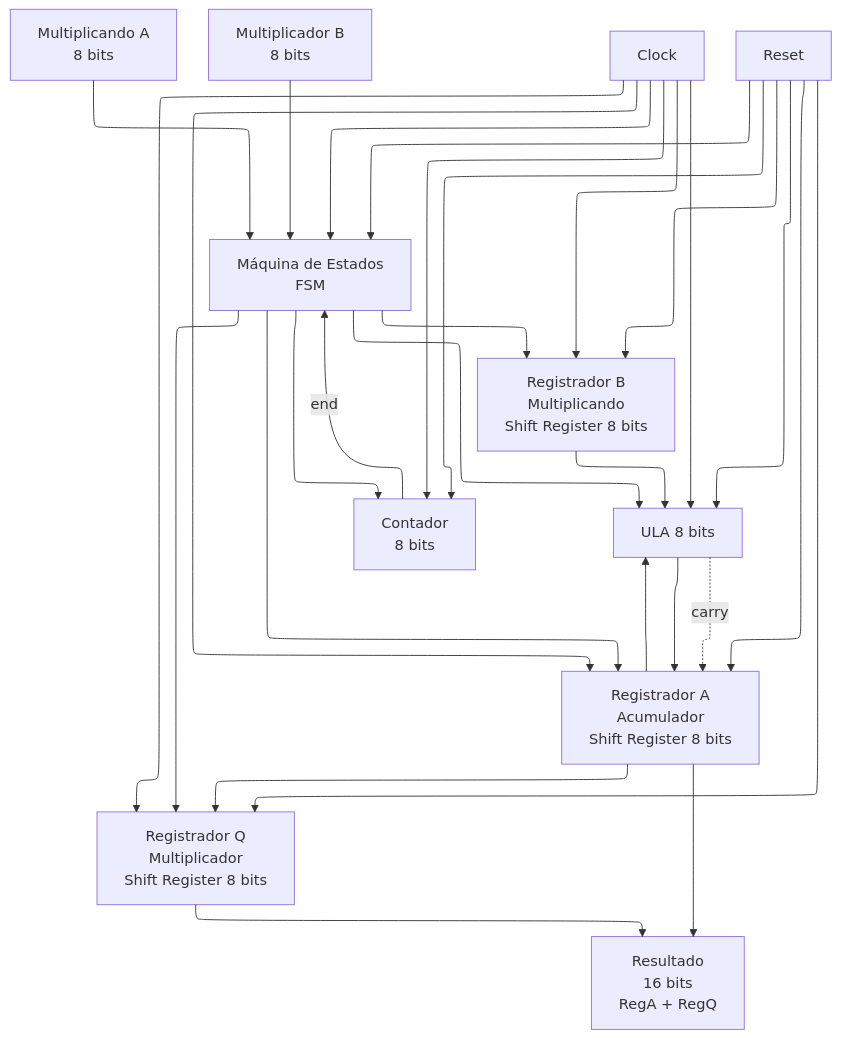
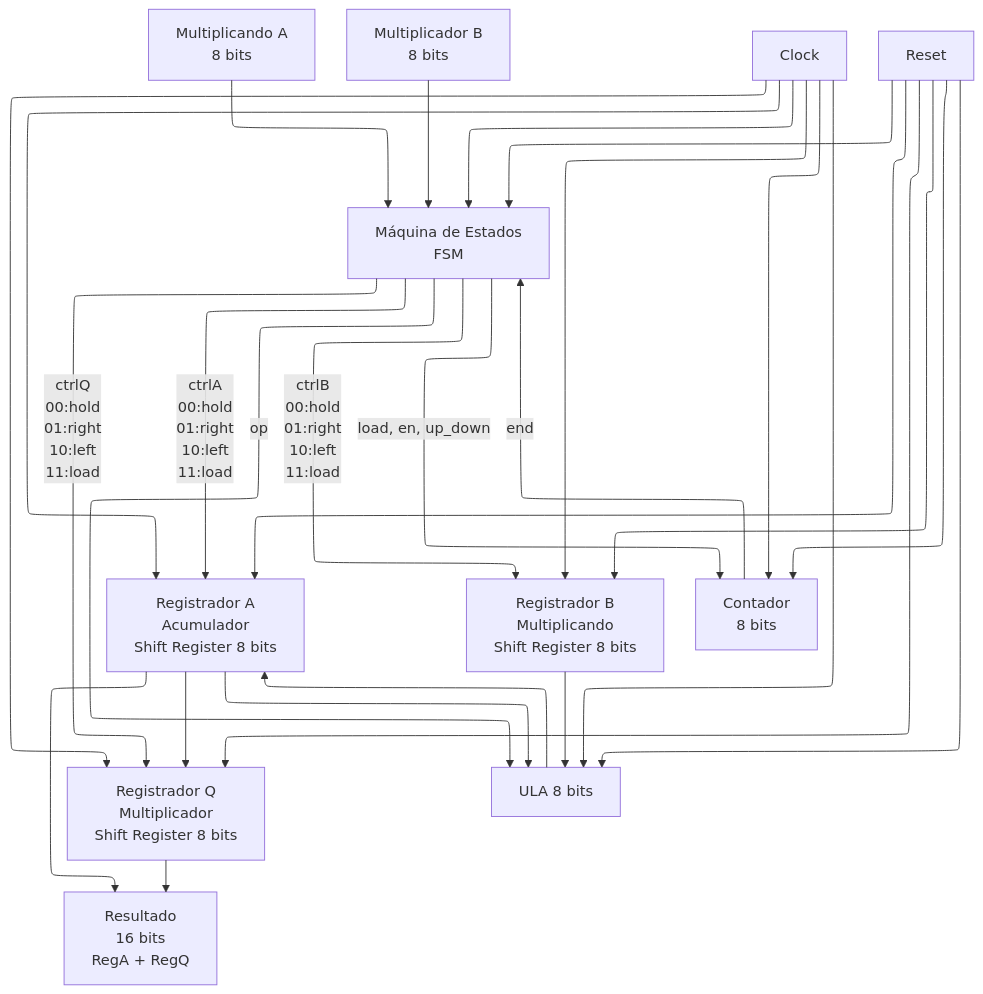
One commit to Guilherme-07062002/shift-add-multiplier-system-verilog changed the diagram in doc/diagrama-de-blocos.mmd. Above: the diagram before and after it, drawn with Mermaid.

Commit message:
refactor: aprimora diagrama de blocos com controle detalhado dos sinais da FSM

```diff
--- a/doc/diagrama-de-blocos.mmd
+++ b/doc/diagrama-de-blocos.mmd
@@ -1,18 +1,21 @@
 ---
 config:
   layout: elk
   look: classic
   theme: mc
 ---
 flowchart TD
     A["Multiplicando A<br>8 bits"] --> FSM["Máquina de Estados<br>FSM"]
     B["Multiplicador B<br>8 bits"] --> FSM
     CLK["Clock"] --> FSM & RegA["Registrador A<br>Acumulador<br>Shift Register 8 bits"] & RegB["Registrador B<br>Multiplicando<br>Shift Register 8 bits"] & RegQ["Registrador Q<br>Multiplicador<br>Shift Register 8 bits"] & Counter["Contador<br>8 bits"] & ULA["ULA 8 bits"]
     RST["Reset"] --> FSM & RegA & RegB & RegQ & Counter & ULA
-    FSM --> RegA & RegB & RegQ & Counter & ULA
+    FSM -->|ctrlA<br>00:hold<br>01:right<br>10:left<br>11:load| RegA
+    FSM -->|ctrlB<br>00:hold<br>01:right<br>10:left<br>11:load| RegB
+    FSM -->|ctrlQ<br>00:hold<br>01:right<br>10:left<br>11:load| RegQ
+    FSM -->|load, en, up_down| Counter
+    FSM -->|op| ULA
     RegA --> ULA & RegQ & Resultado["Resultado<br>16 bits<br>RegA + RegQ"]
     RegB --> ULA
     ULA --> RegA
-    ULA -.->|carry| RegA
     Counter -->|end| FSM
     RegQ --> Resultado
```
